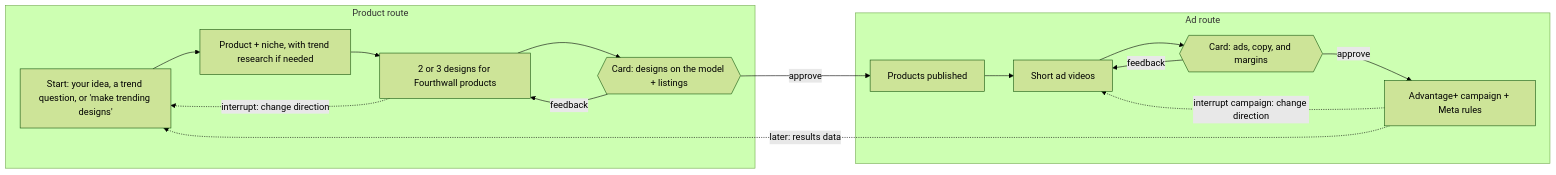
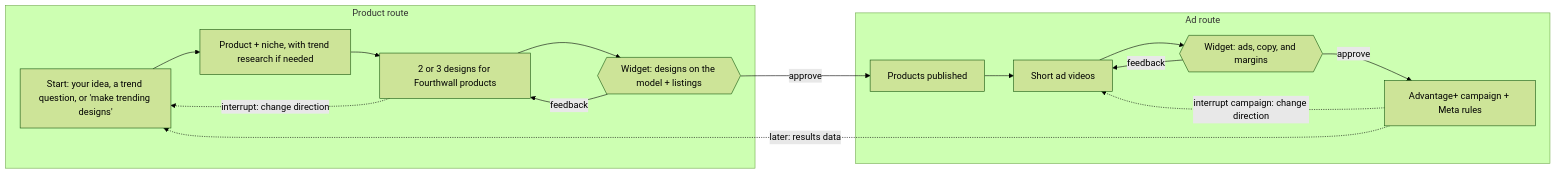
Before and after one commit to sami-m-g/wovain: the diagram in devpost/scope.md, drawn with Mermaid (forest theme). The commit also changed other lines of this file and 110 other files, not shown here.

````diff
--- a/devpost/scope.md
+++ b/devpost/scope.md
@@ -26,19 +26,19 @@
 ```mermaid
 flowchart LR
   subgraph P[Product route]
     A[Start: your idea, a trend question, or 'make trending designs'] --> B[Product + niche, with trend research if needed]
     B --> C[2 or 3 designs for Fourthwall products]
-    C --> D{{Card: designs on the model + listings}}
+    C --> D{{Widget: designs on the model + listings}}
     D -- feedback --> C
   end
   subgraph AD[Ad route]
     E[Products published] --> F[Short ad videos]
-    F --> G{{Card: ads, copy, and margins}}
+    F --> G{{Widget: ads, copy, and margins}}
     G -- feedback --> F
     G -- approve --> H[Advantage+ campaign + Meta rules]
   end
   D -- approve --> E
   C -. interrupt: change direction .-> A
   H -. interrupt campaign: change direction .-> F
   H -. later: results data .-> A
 ```
````
